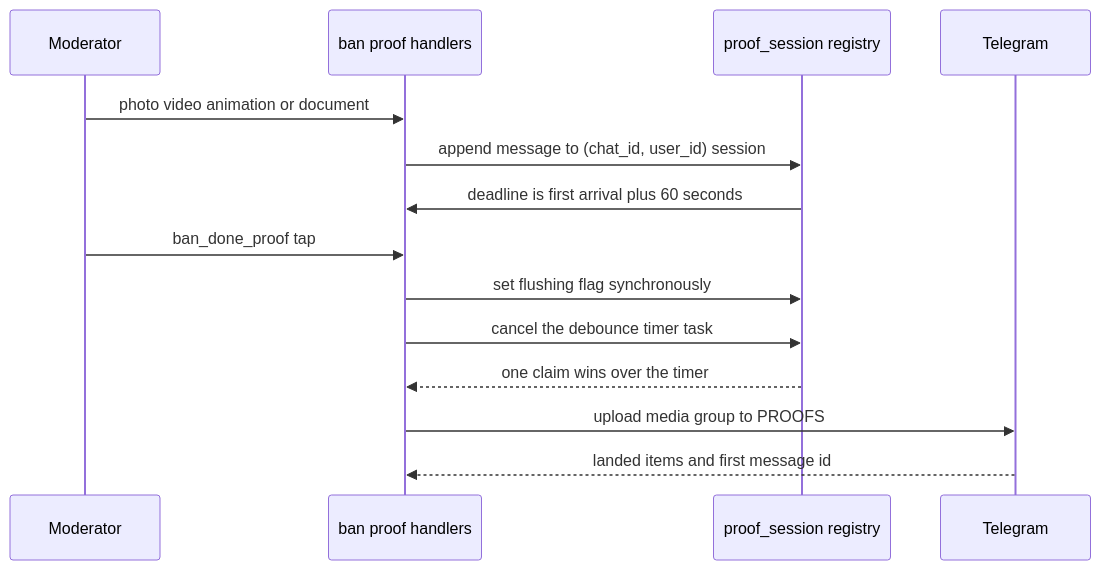
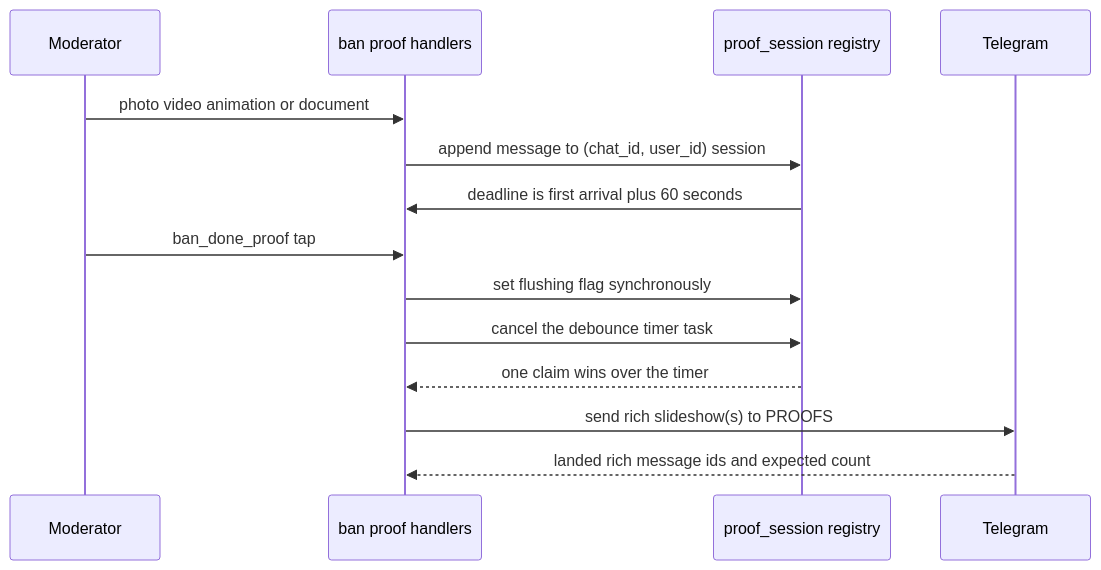
One commit to D1ZZY4/tcbot changed the third of 6 diagrams in docs/flows/banning.md. Above: the diagram before and after it, drawn with Mermaid. The commit also changed other lines of this file and 14 other files, not shown here.

````diff
--- a/docs/flows/banning.md
+++ b/docs/flows/banning.md
@@ -121,16 +121,16 @@
 ```mermaid
 sequenceDiagram
     participant Mod as Moderator
     participant Flow as ban proof handlers
     participant Reg as proof_session registry
     participant Bot as Telegram
     Mod->>Flow: photo video animation or document
     Flow->>Reg: append message to (chat_id, user_id) session
     Reg->>Flow: deadline is first arrival plus 60 seconds
     Mod->>Flow: ban_done_proof tap
     Flow->>Reg: set flushing flag synchronously
     Flow->>Reg: cancel the debounce timer task
     Reg-->>Flow: one claim wins over the timer
-    Flow->>Bot: upload media group to PROOFS
-    Bot-->>Flow: landed items and first message id
+    Flow->>Bot: send rich slideshow(s) to PROOFS
+    Bot-->>Flow: landed rich message ids and expected count
 ```
````
